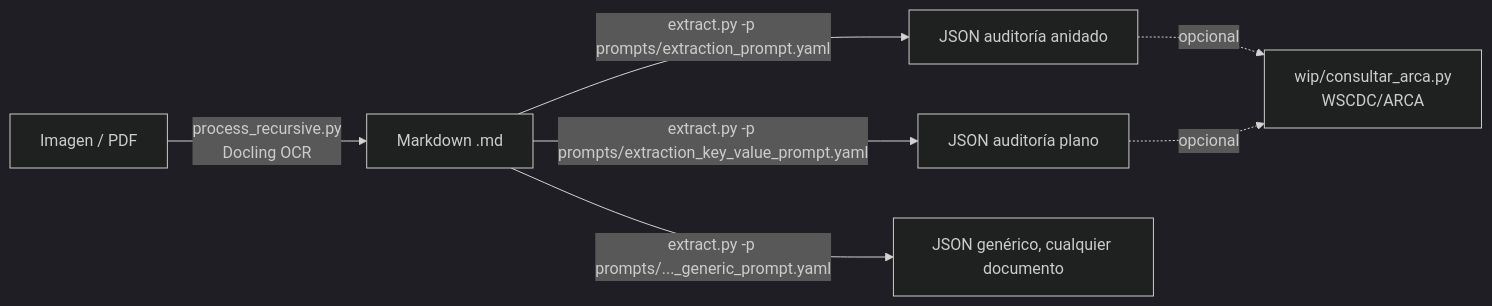
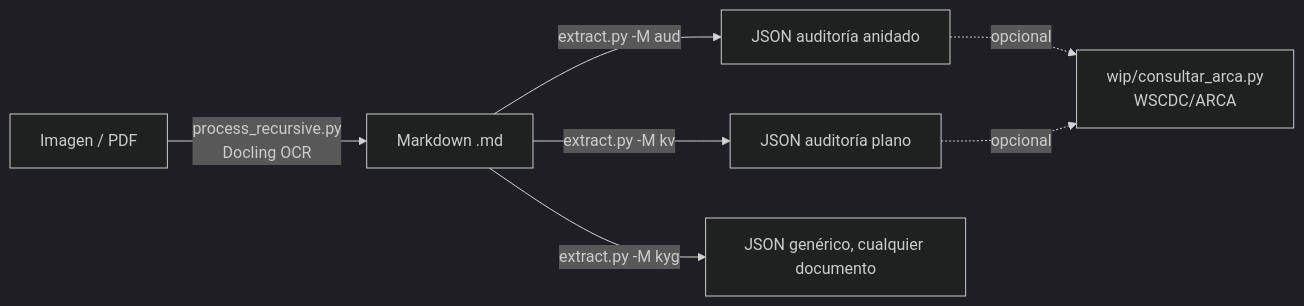
The diagram in README.md (mariogarcia-ar/docling-ibm), drawn with Mermaid (dark theme) before and after one commit. The commit also changed other lines of this file, not shown here.

Commit message:
Update README to reflect mode-based template selection for extraction in extract.py

````diff
--- a/README.md
+++ b/README.md
@@ -10,9 +10,9 @@
 ```mermaid
 flowchart LR
     A[Imagen / PDF] -->|process_recursive.py<br/>Docling OCR| B[Markdown .md]
-    B -->|extract.py -p prompts/extraction_prompt.yaml| D[JSON auditoría anidado]
-    B -->|extract.py -p prompts/extraction_key_value_prompt.yaml| E2[JSON auditoría plano]
-    B -->|extract.py -p prompts/..._generic_prompt.yaml| F[JSON genérico, cualquier documento]
+    B -->|extract.py -M aud| D[JSON auditoría anidado]
+    B -->|extract.py -M kv| E2[JSON auditoría plano]
+    B -->|extract.py -M kyg| F[JSON genérico, cualquier documento]
     D -.opcional.-> E[wip/consultar_arca.py<br/>WSCDC/ARCA]
     E2 -.opcional.-> E
 ```
````
